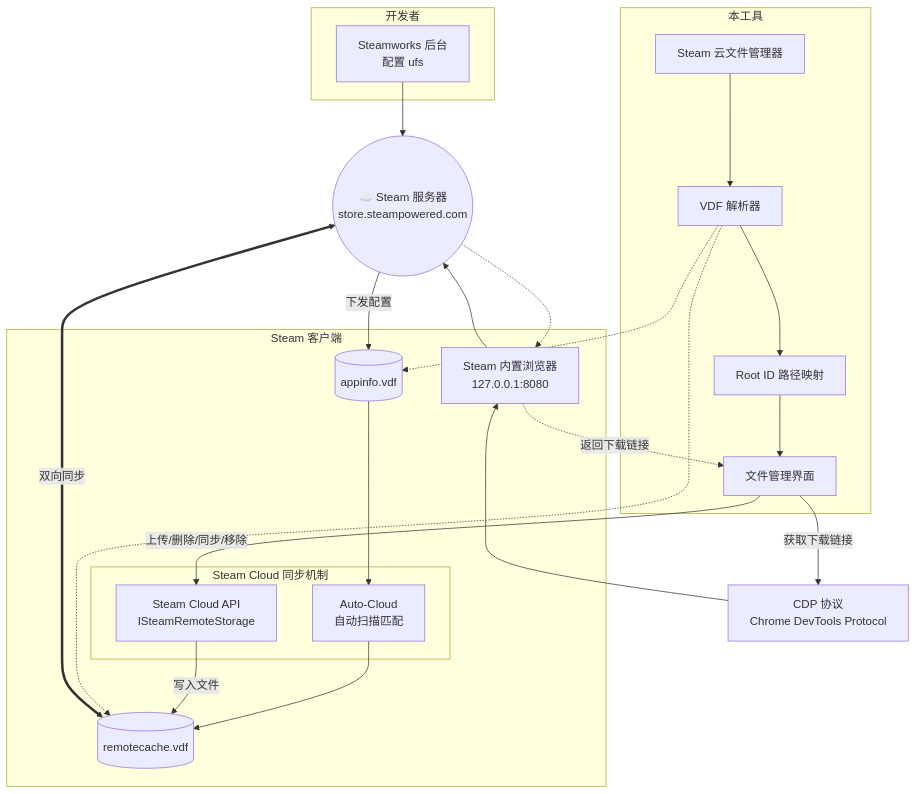
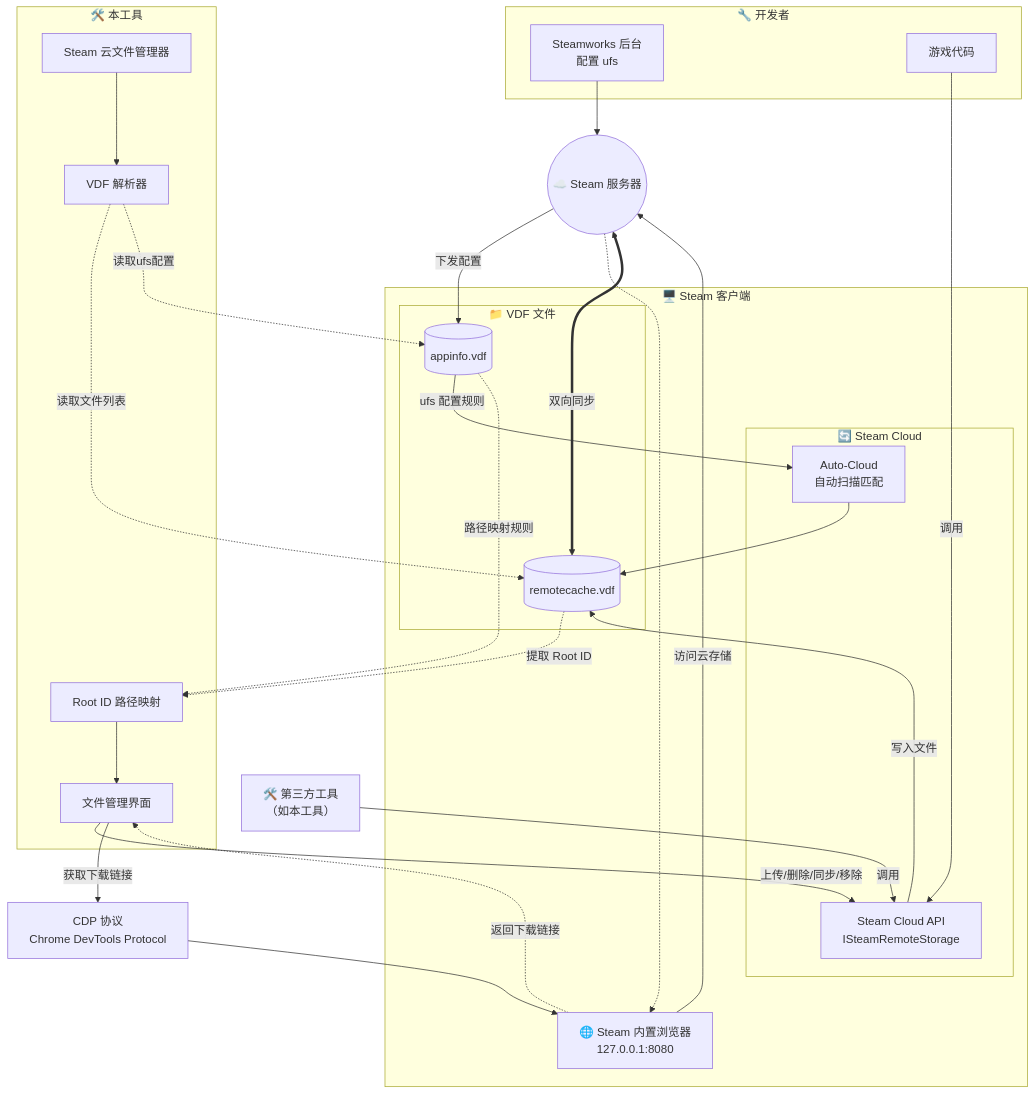
Before and after one commit to Fldicoahkiin/SteamCloudFileManager: the third of 4 diagrams in README.md, drawn with Mermaid. The commit also changed other lines of this file and 2 other files, not shown here.

First line of the commit message:
docs: 更新技术文档和架构图

````diff
--- a/README.md
+++ b/README.md
@@ -259,54 +348,68 @@
 ```mermaid
 graph TB
-    subgraph dev["开发者"]
+    subgraph dev["🔧 开发者"]
         Steamworks["Steamworks 后台<br/>配置 ufs"]
+        GameCode["游戏代码"]
     end
     
-    subgraph client["Steam 客户端"]
-        AppInfo[(appinfo.vdf)]
-        RemoteCache[(remotecache.vdf)]
+    Cloud(("☁️ Steam 服务器"))
+    
+    subgraph client["🖥️ Steam 客户端"]
+        subgraph vdf["📁 VDF 文件"]
+            AppInfo[(appinfo.vdf)]
+            RemoteCache[(remotecache.vdf)]
+        end
         
-        subgraph sync["Steam Cloud 同步机制"]
+        subgraph sync["🔄 Steam Cloud"]
             Auto["Auto-Cloud<br/>自动扫描匹配"]
             API["Steam Cloud API<br/>ISteamRemoteStorage"]
         end
         
-        SteamBrowser["Steam 内置浏览器<br/>127.0.0.1:8080"]
+        SteamBrowser["🌐 Steam 内置浏览器<br/>127.0.0.1:8080"]
     end
     
     CDP["CDP 协议<br/>Chrome DevTools Protocol"]
     
-    Cloud(("☁️ Steam 服务器<br/>store.steampowered.com"))
+    ThirdParty["🛠️ 第三方工具<br/>（如本工具）"]
     
-    subgraph tool["本工具"]
+    subgraph tool["🛠️ 本工具"]
         App["Steam 云文件管理器"]
         Parser["VDF 解析器"]
         Resolver["Root ID 路径映射"]
         UI["文件管理界面"]
     end
     
-    %% 配置流程（Steamworks → 服务器 → 客户端）
+    %% Steamworks 配置 → Auto-Cloud
     Steamworks --> Cloud
     Cloud -->|下发配置| AppInfo
-    AppInfo --> Auto
+    AppInfo -->|ufs 配置规则| Auto
+    Auto --> RemoteCache
     
-    %% 同步机制
-    Auto --> RemoteCache
+    %% 游戏代码/第三方工具 → API
+    GameCode -->|调用| API
+    ThirdParty -->|调用| API
+    
+    %% 双向同步
     API -->|写入文件| RemoteCache
     RemoteCache <===>|双向同步| Cloud
     
-    %% 浏览器
+    %% 本工具读取
+    App --> Parser
+    Parser -.读取文件列表.-> RemoteCache
+    Parser -.读取ufs配置.-> AppInfo
+    
+    %% Root ID 映射
+    RemoteCache -.提取 Root ID.-> Resolver
+    AppInfo -.路径映射规则.-> Resolver
+    Resolver --> UI
+    
+    %% 本工具调用 API（与游戏代码相同）
+    UI -->|上传/删除/同步/移除| API
+    
+    %% 下载链接
+    UI -->|获取下载链接| CDP
     CDP --> SteamBrowser
-    SteamBrowser --> Cloud
-    
-    %% 本工具
-    App --> Parser
-    Parser -.-> RemoteCache
-    Parser -.-> AppInfo
-    Parser --> Resolver
-    Resolver --> UI
-    UI -->|上传/删除/同步/移除| API
-    UI -->|获取下载链接| CDP
+    SteamBrowser -->|访问云存储| Cloud
     Cloud -.-> SteamBrowser
     SteamBrowser -.返回下载链接.-> UI
 ```
````
